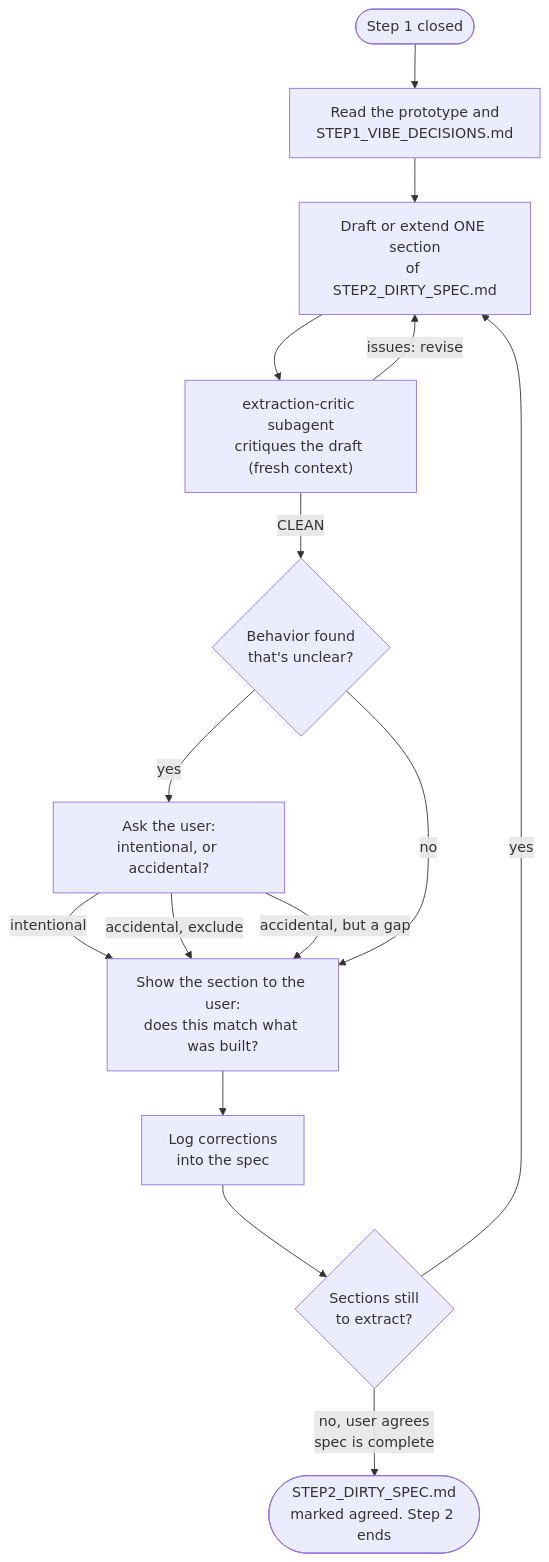
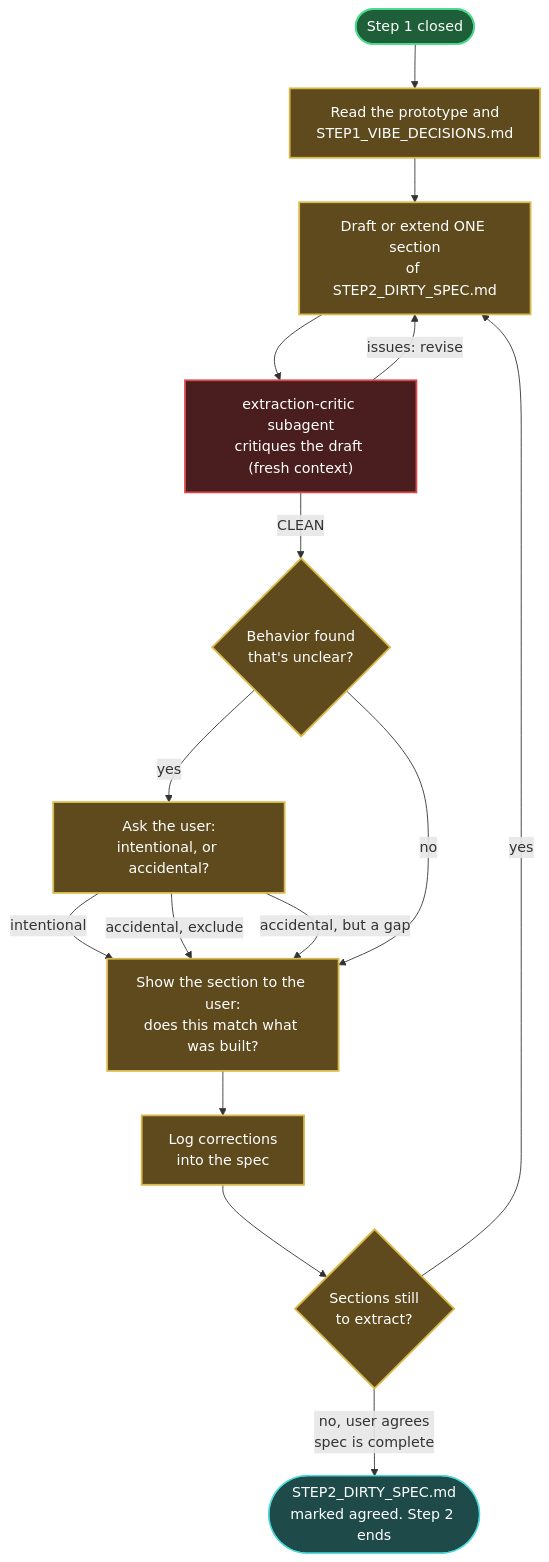
Before and after one commit to jeromeetienne/vibe_to_spec: the diagram in steps/step_02_spec_extraction/README.md, drawn with Mermaid. The commit also changed other lines of this file and 6 other files, not shown here.

First line of the commit message:
Apply global_workflow.md's diagram color scheme to all repo diagrams, reformat session summary lines as bullet lists

````diff
--- a/steps/step_02_spec_extraction/README.md
+++ b/steps/step_02_spec_extraction/README.md
@@ -43,27 +43,36 @@
 ```mermaid
 flowchart TD
     Start(["Step 1 closed"]) --> Read["Read the prototype and
 STEP1_VIBE_DECISIONS.md"]
     Read --> Draft["Draft or extend ONE section
 of STEP2_DIRTY_SPEC.md"]
     Draft --> Critique["extraction-critic subagent
 critiques the draft (fresh context)"]
     Critique -->|"issues: revise"| Draft
     Critique -->|"CLEAN"| Unclear{"Behavior found
 that's unclear?"}
     Unclear -->|"yes"| AskUser["Ask the user:
 intentional, or accidental?"]
     AskUser -->|"intentional"| Review
     AskUser -->|"accidental, exclude"| Review
     AskUser -->|"accidental, but a gap"| Review
     Unclear -->|"no"| Review["Show the section to the user:
 does this match what was built?"]
     Review --> Log["Log corrections
 into the spec"]
     Log --> More{"Sections still
 to extract?"}
     More -->|"yes"| Draft
     More -->|"no, user agrees
 spec is complete"| Closed(["STEP2_DIRTY_SPEC.md
 marked agreed. Step 2 ends"])
+
+    classDef loop fill:#5f4a1e,stroke:#d9b84a,stroke-width:2px,color:#fff;
+    classDef rec fill:#1e4a4a,stroke:#4ad9d9,stroke-width:1.5px,color:#fff;
+    classDef done fill:#1e5f3a,stroke:#4ad98a,stroke-width:2px,color:#fff;
+    classDef critic fill:#4a1e1e,stroke:#d94a4a,stroke-width:2px,color:#fff;
+    class Start done;
+    class Read,Draft,Unclear,AskUser,Review,Log,More loop;
+    class Critique critic;
+    class Closed rec;
 ```
````
